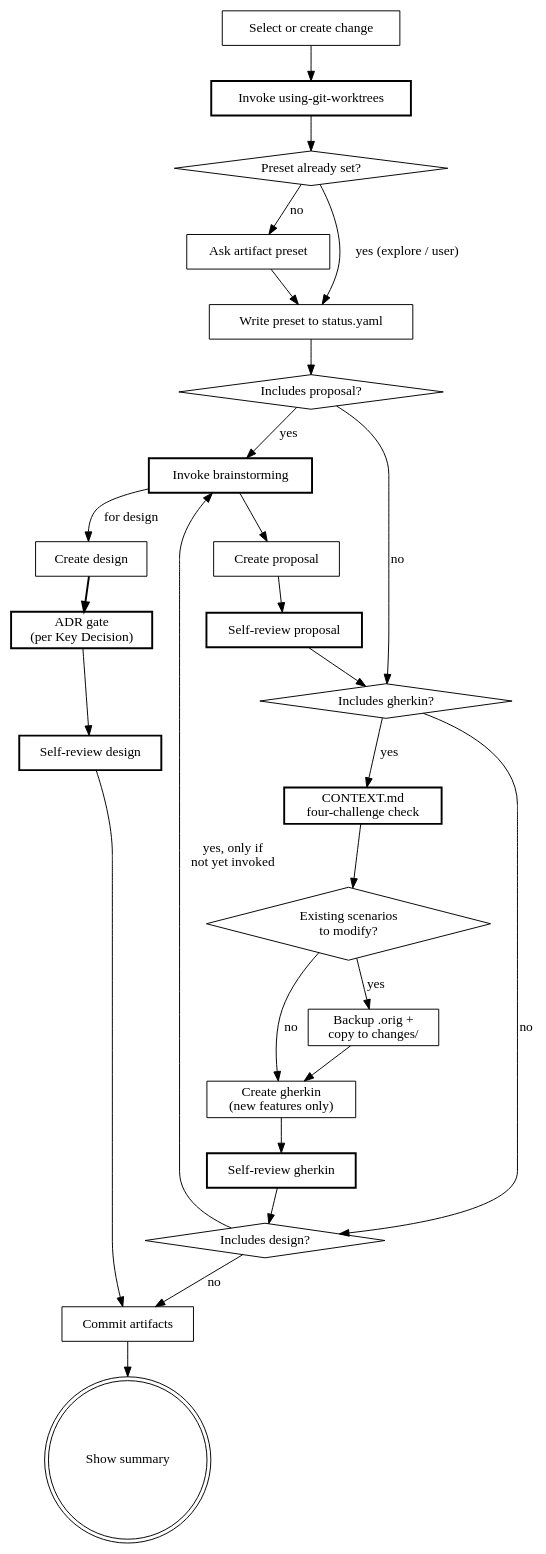
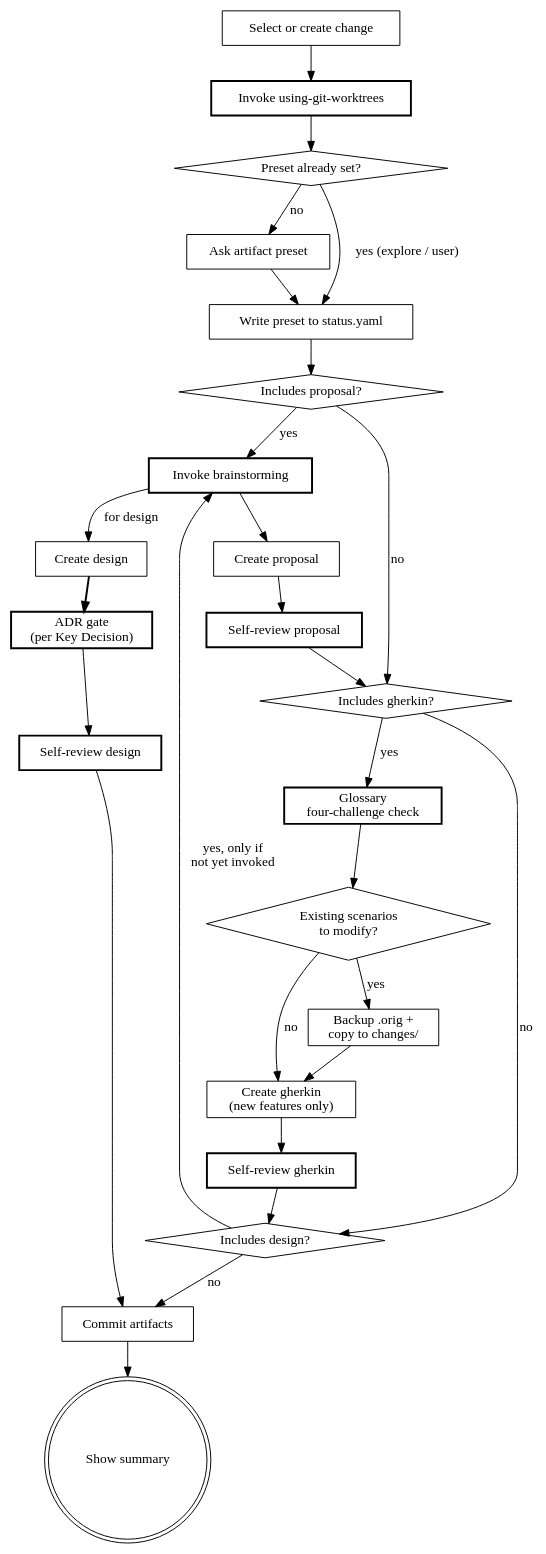
The diagram in skills/design/SKILL.md (kirkchen/beat), drawn with Graphviz before and after one commit. The commit also changed other lines of this file and 35 other files, not shown here.

````diff
--- a/skills/design/SKILL.md
+++ b/skills/design/SKILL.md
@@ -97,52 +97,52 @@
 ```dot
 digraph design {
     "Select or create change" [shape=box];
     "Invoke using-git-worktrees" [shape=box, style=bold];
     "Preset already set?" [shape=diamond];
     "Ask artifact preset" [shape=box];
     "Write preset to status.yaml" [shape=box];
     "Includes proposal?" [shape=diamond];
     "Invoke brainstorming" [shape=box, style=bold];
     "Create proposal" [shape=box];
     "Self-review proposal" [shape=box, style=bold];
     "Includes gherkin?" [shape=diamond];
-    "CONTEXT.md\nfour-challenge check" [shape=box, style=bold];
+    "Glossary\nfour-challenge check" [shape=box, style=bold];
     "Existing scenarios\nto modify?" [shape=diamond];
     "Backup .orig +\ncopy to changes/" [shape=box];
     "Create gherkin\n(new features only)" [shape=box];
     "Self-review gherkin" [shape=box, style=bold];
     "Includes design?" [shape=diamond];
     "Create design" [shape=box];
     "ADR gate\n(per Key Decision)" [shape=box, style=bold];
     "Self-review design" [shape=box, style=bold];
     "Commit artifacts" [shape=box];
     "Show summary" [shape=doublecircle];
 
     "Select or create change" -> "Invoke using-git-worktrees";
     "Invoke using-git-worktrees" -> "Preset already set?";
     "Preset already set?" -> "Ask artifact preset" [label="no"];
     "Preset already set?" -> "Write preset to status.yaml" [label="yes (explore / user)"];
     "Ask artifact preset" -> "Write preset to status.yaml";
     "Write preset to status.yaml" -> "Includes proposal?";
     "Includes proposal?" -> "Invoke brainstorming" [label="yes"];
     "Includes proposal?" -> "Includes gherkin?" [label="no"];
     "Invoke brainstorming" -> "Create proposal";
     "Create proposal" -> "Self-review proposal";
     "Self-review proposal" -> "Includes gherkin?";
-    "Includes gherkin?" -> "CONTEXT.md\nfour-challenge check" [label="yes"];
+    "Includes gherkin?" -> "Glossary\nfour-challenge check" [label="yes"];
     "Includes gherkin?" -> "Includes design?" [label="no"];
-    "CONTEXT.md\nfour-challenge check" -> "Existing scenarios\nto modify?";
+    "Glossary\nfour-challenge check" -> "Existing scenarios\nto modify?";
     "Existing scenarios\nto modify?" -> "Backup .orig +\ncopy to changes/" [label="yes"];
     "Existing scenarios\nto modify?" -> "Create gherkin\n(new features only)" [label="no"];
     "Backup .orig +\ncopy to changes/" -> "Create gherkin\n(new features only)";
     "Create gherkin\n(new features only)" -> "Self-review gherkin";
     "Self-review gherkin" -> "Includes design?";
     "Includes design?" -> "Invoke brainstorming" [label="yes, only if\nnot yet invoked"];
     "Includes design?" -> "Commit artifacts" [label="no"];
     "Invoke brainstorming" -> "Create design" [label="for design"];
     "Create design" -> "ADR gate\n(per Key Decision)" [style=bold];
     "ADR gate\n(per Key Decision)" -> "Self-review design";
     "Self-review design" -> "Commit artifacts";
     "Commit artifacts" -> "Show summary";
 }
 ```
````
